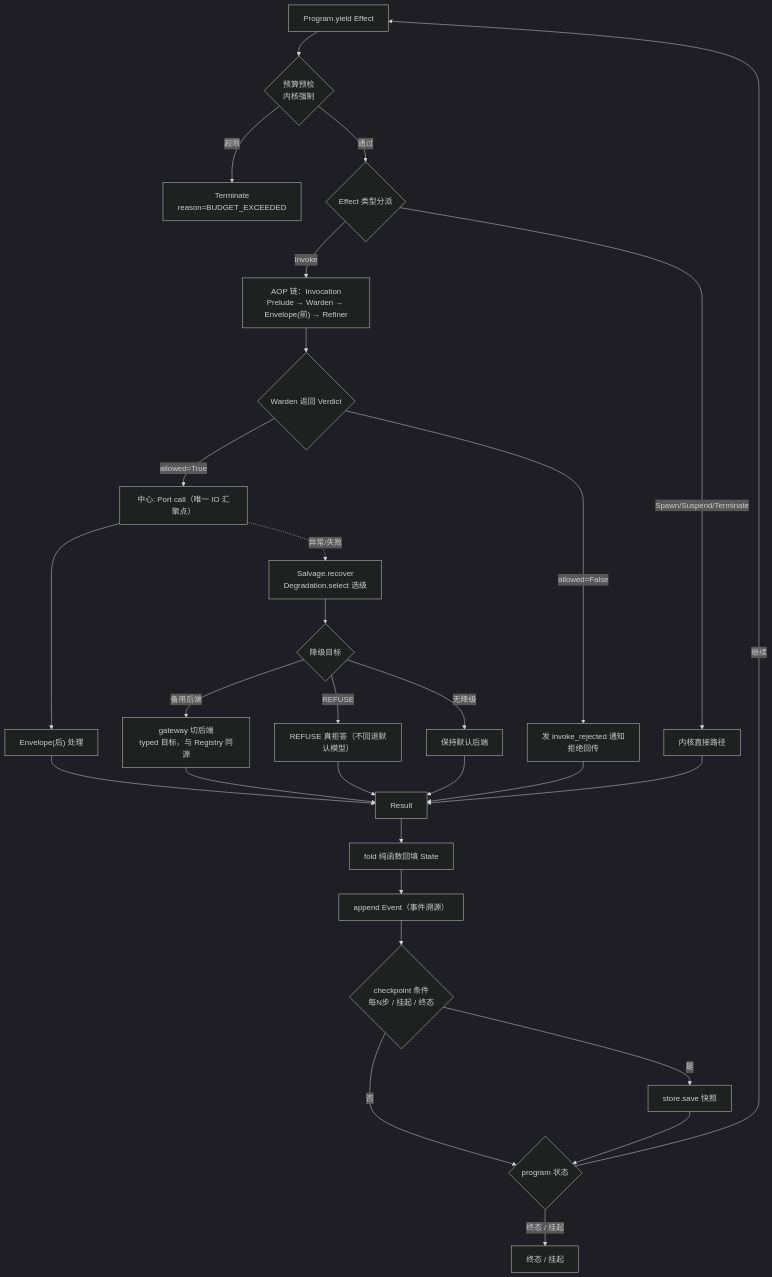
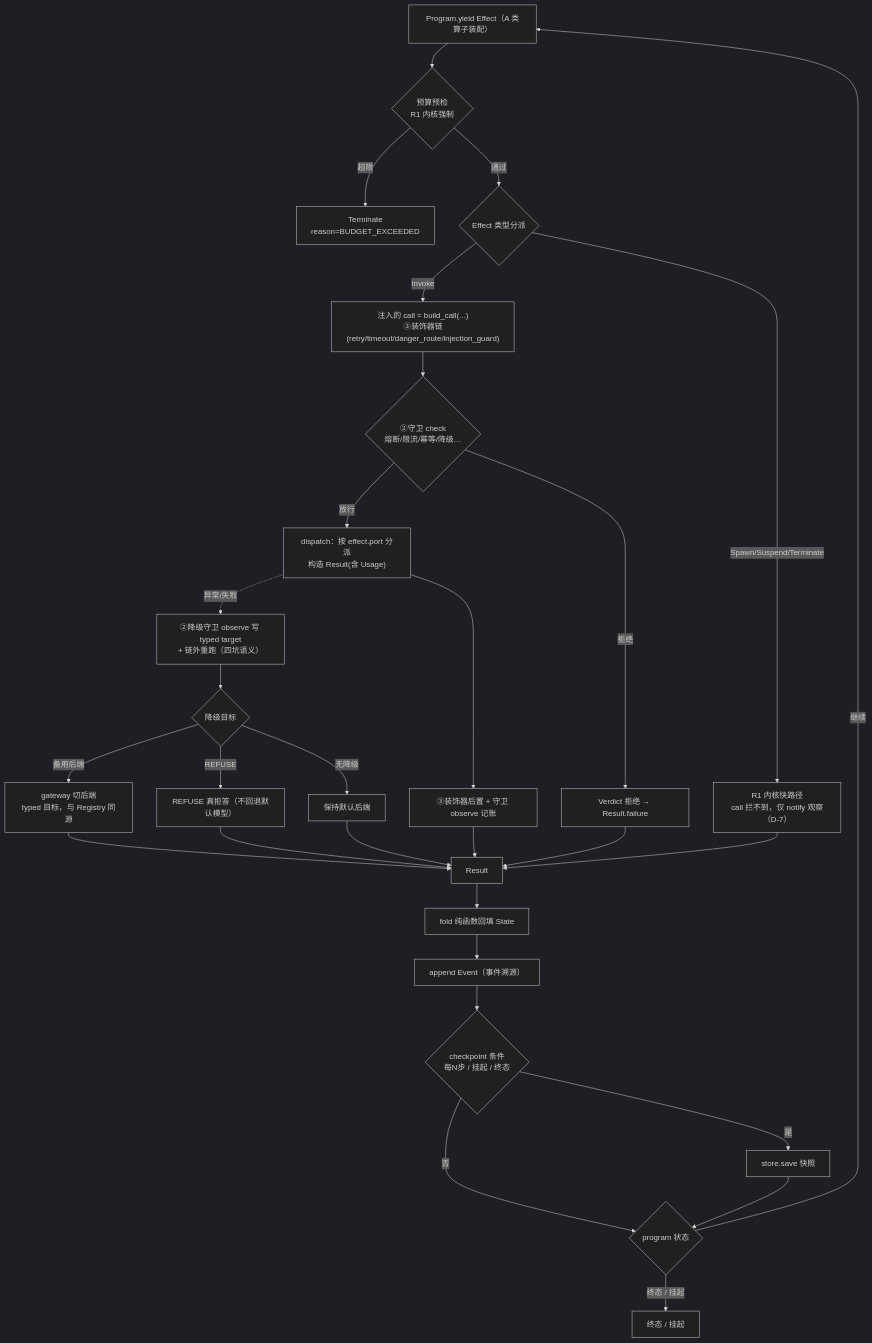
The second of 13 diagrams in docs/01-总览与设计/AGENT-总设计.md (sao-lang/lll), drawn with Mermaid (dark theme) before and after one commit. The commit also changed other lines of this file and 159 other files, not shown here.

````diff
--- a/docs/01-总览与设计/AGENT-总设计.md
+++ b/docs/01-总览与设计/AGENT-总设计.md
@@ -123,31 +133,31 @@
 ```mermaid
 flowchart TD
-    S["Program.yield Effect"] --> B{"预算预检<br/>内核强制"}
+    S["Program.yield Effect（A 类算子装配）"] --> B{"预算预检<br/>R1 内核强制"}
     B -->|超限| E["Terminate<br/>reason=BUDGET_EXCEEDED"]
     B -->|通过| K{"Effect 类型分派"}
-    K -->|Invoke| AO["AOP 链：Invocation<br/>Prelude → Warden → Envelope(前) → Refiner"]
-    K -->|Spawn/Suspend/Terminate| CORE0["内核直接路径"]
-    AO --> WA{"Warden 返回 Verdict"}
-    WA -->|allowed=False| RJ["发 invoke_rejected 通知<br/>拒绝回传"]
-    WA -->|allowed=True| CALL["中心: Port call（唯一 IO 汇聚点）"]
-    CALL --> ENB["Envelope(后) 处理"]
-    CALL -.异常/失败.-> SV["Salvage.recover<br/>Degradation.select 选级"]
-    SV --> TGT{"降级目标"}
+    K -->|Invoke| CALL["注入的 call = build_call(...)<br/>③装饰器链(retry/timeout/danger_route/injection_guard)"]
+    K -->|Spawn/Suspend/Terminate| CORE0["R1 内核快路径<br/>call 拦不到，仅 notify 观察（D-7）"]
+    CALL --> GD{"②守卫 check<br/>熔断/限流/幂等/降级…"}
+    GD -->|放行| DSP["dispatch：按 effect.port 分派<br/>构造 Result(含 Usage)"]
+    GD -->|拒绝| RJ["Verdict 拒绝 → Result.failure"]
+    DSP -.异常/失败.-> DG["②降级守卫 observe 写 typed target<br/>+ 链外重跑（四坑语义）"]
+    DG --> TGT{"降级目标"}
     TGT -->|备用后端| SW["gateway 切后端<br/>typed 目标，与 Registry 同源"]
     TGT -->|REFUSE| RF["REFUSE 真拒答（不回退默认模型）"]
     TGT -->|无降级| KEEP["保持默认后端"]
-    ENB --> RES["Result"]
+    DSP --> ENB["③装饰器后置 + 守卫 observe 记账"]
     SW --> RES
     RF --> RES
     KEEP --> RES
+    ENB --> RES["Result"]
     RJ --> RES
     CORE0 --> RES
     RES --> F["fold 纯函数回填 State"]
     F --> EV["append Event（事件溯源）"]
     EV --> CK{"checkpoint 条件<br/>每N步 / 挂起 / 终态"}
     CK -->|是| SAVE["store.save 快照"]
     CK -->|否| NX
     SAVE --> NX{"program 状态"}
     NX -->|继续| S
     NX -->|终态 / 挂起| T["终态 / 挂起"]
 ```
````
